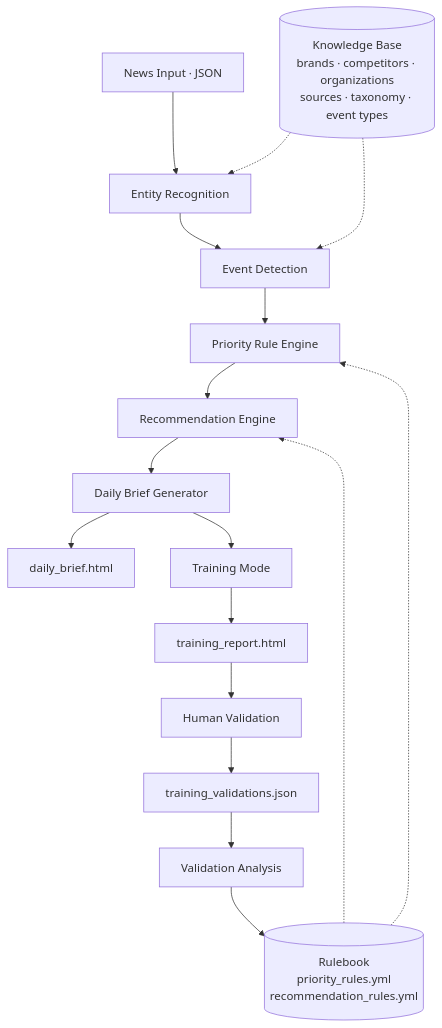
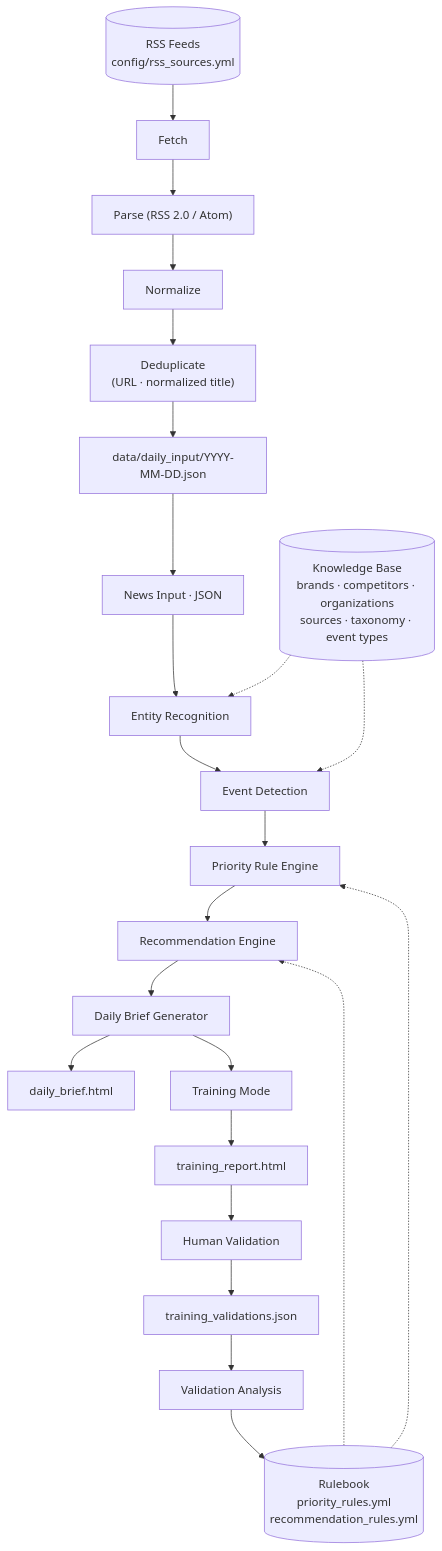
One commit to nickfresco/HUB-STELLANTIS-CHILE---PR changed the diagram in README.md. Above: the diagram before and after it, drawn with Mermaid. The commit also changed other lines of this file, not shown here.

Commit message:
Docs: actualizar README con la sección de Ingesta RSS y el nuevo flujo de run_daily.py

````diff
--- a/README.md
+++ b/README.md
@@ -80,21 +87,28 @@
 ```mermaid
 flowchart TD
-    A["News Input · JSON"] --> B["Entity Recognition"]
+    RSS[("RSS Feeds<br/>config/rss_sources.yml")] --> FETCH["Fetch"]
+    FETCH --> PARSE["Parse (RSS 2.0 / Atom)"]
+    PARSE --> NORM["Normalize"]
+    NORM --> DEDUP["Deduplicate<br/>(URL · normalized title)"]
+    DEDUP --> JSONOUT["data/daily_input/YYYY-MM-DD.json"]
+
+    JSONOUT --> A["News Input · JSON"]
+    A --> B["Entity Recognition"]
     B --> C["Event Detection"]
     C --> D["Priority Rule Engine"]
     D --> E["Recommendation Engine"]
     E --> F["Daily Brief Generator"]
     F --> G["daily_brief.html"]
 
     KB[("Knowledge Base<br/>brands · competitors · organizations<br/>sources · taxonomy · event types")] -.-> B
     KB -.-> C
     RB[("Rulebook<br/>priority_rules.yml<br/>recommendation_rules.yml")] -.-> D
     RB -.-> E
 
     F --> T["Training Mode"]
     T --> H["training_report.html"]
     H --> V["Human Validation"]
     V --> J["training_validations.json"]
     J --> AN["Validation Analysis"]
     AN --> RB
 ```
````
